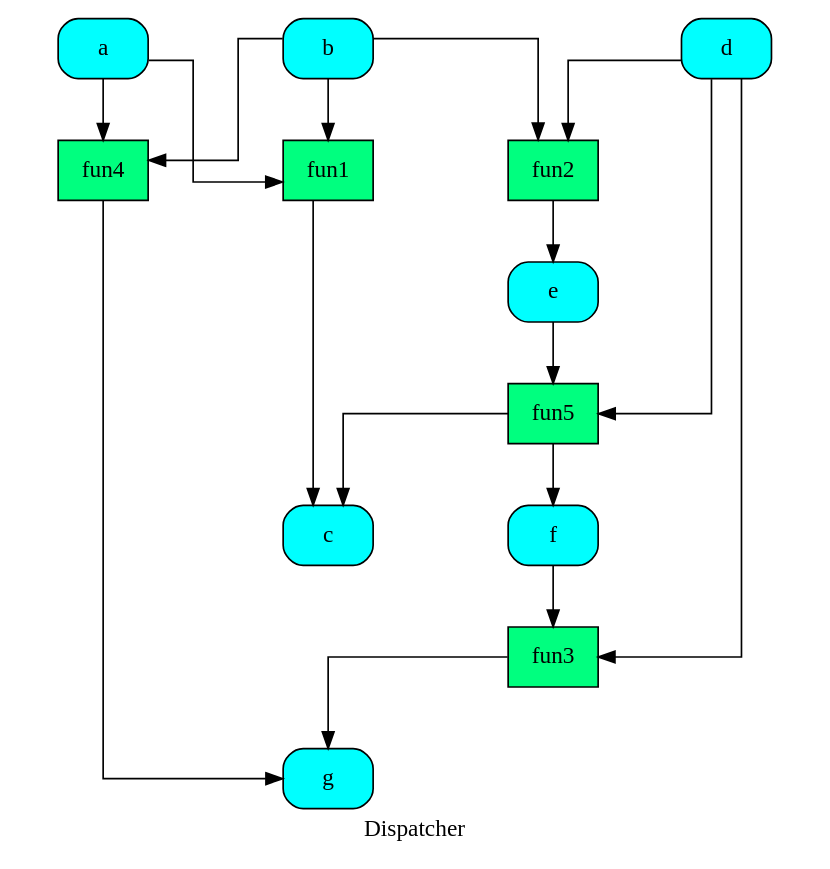
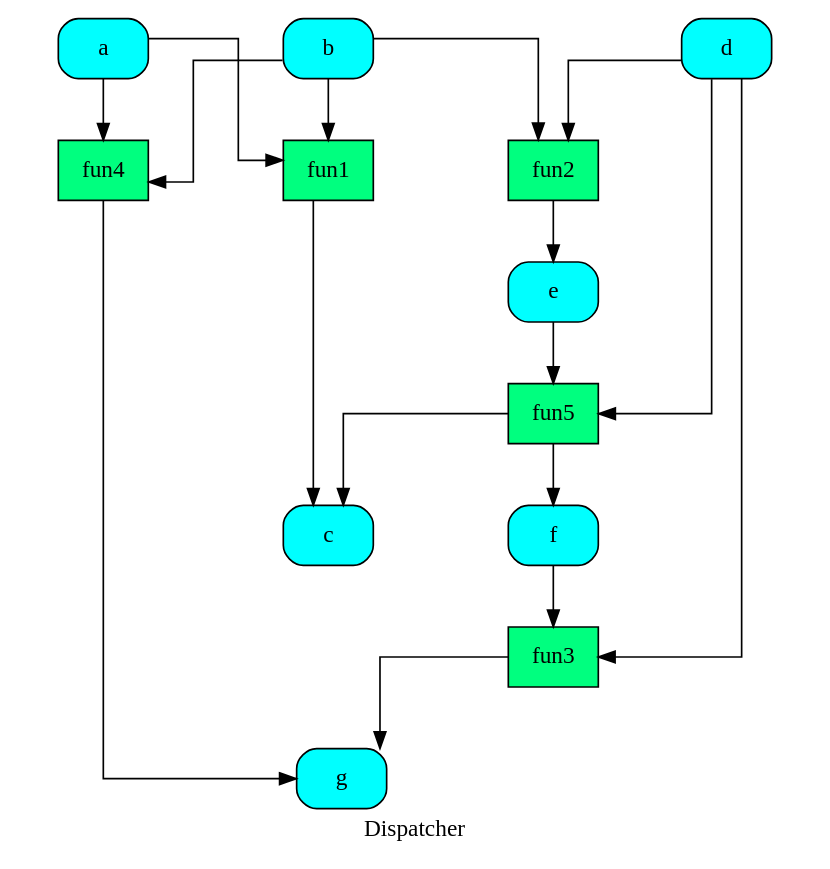
The diagram in doc/dispatcher/__init__/shrink_dsp/dsp.dot (vinci1it2000/schedula), drawn with Graphviz before and after one commit. The commit also changed 27 other files, not shown here.

```diff
--- a/doc/dispatcher/__init__/shrink_dsp/dsp.dot
+++ b/doc/dispatcher/__init__/shrink_dsp/dsp.dot
@@ -1,34 +1,34 @@
 digraph Dispatcher {
 	graph [ratio=1]
 	node [style=filled]
+	label = "Dispatcher"
 	splines = ortho
-	label = "Dispatcher"
-		"Dispatcher_-1175269246483043839" [label="{ fun2  }" fillcolor=springgreen shape=record]
-		"Dispatcher_-7525193253846915964" [label="{ c  }" fillcolor=cyan shape=Mrecord]
-		"Dispatcher_-4863238121632644504" [label="{ b  }" fillcolor=cyan shape=Mrecord]
-		Dispatcher_5521972006104861321 [label="{ f  }" fillcolor=cyan shape=Mrecord]
-		Dispatcher_2204486394149653195 [label="{ d  }" fillcolor=cyan shape=Mrecord]
-		Dispatcher_8721549986406843372 [label="{ fun1  }" fillcolor=springgreen shape=record]
-		Dispatcher_4981037571873279982 [label="{ g  }" fillcolor=cyan shape=Mrecord]
-		Dispatcher_4594180860112426992 [label="{ fun5  }" fillcolor=springgreen shape=record]
-		Dispatcher_3792172323805075150 [label="{ fun3  }" fillcolor=springgreen shape=record]
-		Dispatcher_5281915415694126460 [label="{ a  }" fillcolor=cyan shape=Mrecord]
-		Dispatcher_7743958079038773021 [label="{ e  }" fillcolor=cyan shape=Mrecord]
-		"Dispatcher_-4647467076432825377" [label="{ fun4  }" fillcolor=springgreen shape=record]
-			"Dispatcher_-1175269246483043839" -> Dispatcher_7743958079038773021
-			"Dispatcher_-4863238121632644504" -> "Dispatcher_-1175269246483043839"
-			"Dispatcher_-4863238121632644504" -> Dispatcher_8721549986406843372
-			"Dispatcher_-4863238121632644504" -> "Dispatcher_-4647467076432825377"
-			Dispatcher_5521972006104861321 -> Dispatcher_3792172323805075150
-			Dispatcher_2204486394149653195 -> Dispatcher_4594180860112426992
-			Dispatcher_2204486394149653195 -> "Dispatcher_-1175269246483043839"
-			Dispatcher_2204486394149653195 -> Dispatcher_3792172323805075150
-			Dispatcher_8721549986406843372 -> "Dispatcher_-7525193253846915964"
-			Dispatcher_4594180860112426992 -> Dispatcher_5521972006104861321
-			Dispatcher_4594180860112426992 -> "Dispatcher_-7525193253846915964"
-			Dispatcher_3792172323805075150 -> Dispatcher_4981037571873279982
-			Dispatcher_5281915415694126460 -> Dispatcher_8721549986406843372
-			Dispatcher_5281915415694126460 -> "Dispatcher_-4647467076432825377"
-			Dispatcher_7743958079038773021 -> Dispatcher_4594180860112426992
-			"Dispatcher_-4647467076432825377" -> Dispatcher_4981037571873279982
+		Dispatcher_5285838715725610368 [label="{ a  }" fillcolor=cyan shape=Mrecord]
+		"Dispatcher_-7103390405841876752" [label="{ fun4  }" fillcolor=springgreen shape=record]
+		"Dispatcher_-1283898629557077595" [label="{ c  }" fillcolor=cyan shape=Mrecord]
+		"Dispatcher_-6754340264799059642" [label="{ fun2  }" fillcolor=springgreen shape=record]
+		"Dispatcher_-4587626759816600024" [label="{ f  }" fillcolor=cyan shape=Mrecord]
+		"Dispatcher_-2156224495656978775" [label="{ fun5  }" fillcolor=springgreen shape=record]
+		"Dispatcher_-6213018618576869717" [label="{ g  }" fillcolor=cyan shape=Mrecord]
+		"Dispatcher_-5822530889354609296" [label="{ fun1  }" fillcolor=springgreen shape=record]
+		"Dispatcher_-4776872530784439559" [label="{ d  }" fillcolor=cyan shape=Mrecord]
+		Dispatcher_842756815190668186 [label="{ b  }" fillcolor=cyan shape=Mrecord]
+		Dispatcher_288733680384665404 [label="{ fun3  }" fillcolor=springgreen shape=record]
+		"Dispatcher_-4298380249762582082" [label="{ e  }" fillcolor=cyan shape=Mrecord]
+			Dispatcher_5285838715725610368 -> "Dispatcher_-5822530889354609296"
+			Dispatcher_5285838715725610368 -> "Dispatcher_-7103390405841876752"
+			"Dispatcher_-7103390405841876752" -> "Dispatcher_-6213018618576869717"
+			"Dispatcher_-6754340264799059642" -> "Dispatcher_-4298380249762582082"
+			"Dispatcher_-4587626759816600024" -> Dispatcher_288733680384665404
+			"Dispatcher_-2156224495656978775" -> "Dispatcher_-4587626759816600024"
+			"Dispatcher_-2156224495656978775" -> "Dispatcher_-1283898629557077595"
+			"Dispatcher_-5822530889354609296" -> "Dispatcher_-1283898629557077595"
+			"Dispatcher_-4776872530784439559" -> "Dispatcher_-2156224495656978775"
+			"Dispatcher_-4776872530784439559" -> Dispatcher_288733680384665404
+			"Dispatcher_-4776872530784439559" -> "Dispatcher_-6754340264799059642"
+			Dispatcher_842756815190668186 -> "Dispatcher_-5822530889354609296"
+			Dispatcher_842756815190668186 -> "Dispatcher_-7103390405841876752"
+			Dispatcher_842756815190668186 -> "Dispatcher_-6754340264799059642"
+			Dispatcher_288733680384665404 -> "Dispatcher_-6213018618576869717"
+			"Dispatcher_-4298380249762582082" -> "Dispatcher_-2156224495656978775"
 }
```
